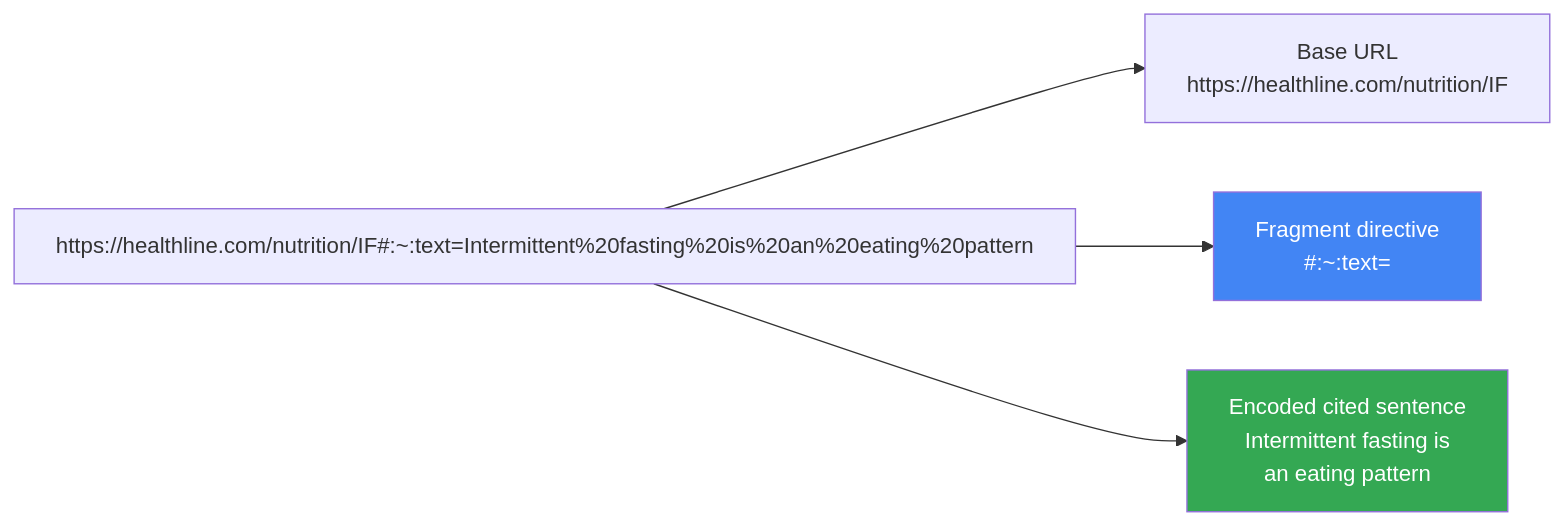
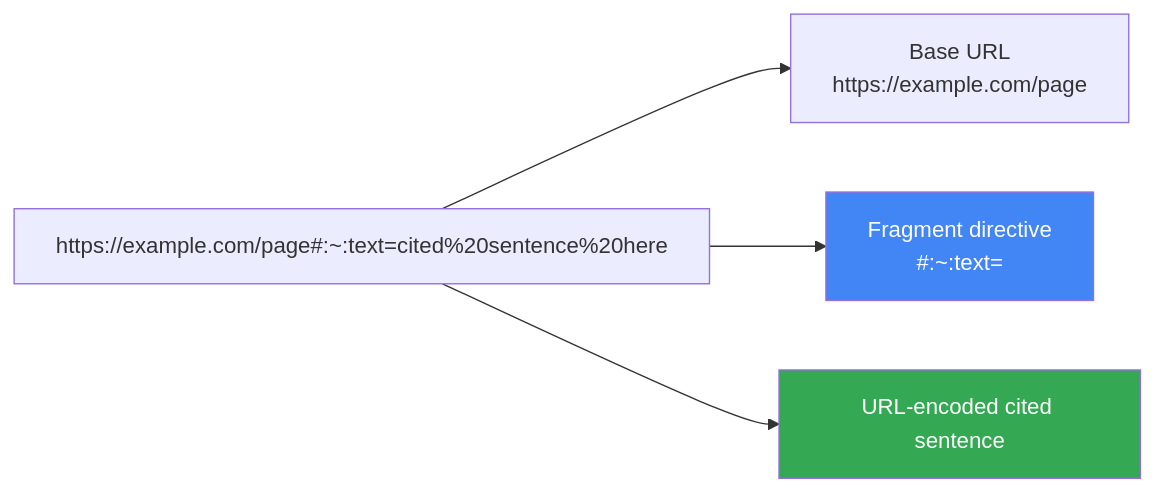
The second of 11 diagrams in article/diagrams/diagrams.md (danishashko/ai-citation-patterns), drawn with Mermaid before and after one commit. The commit also changed other lines of this file and 39 other files, not shown here.

````diff
--- a/article/diagrams/diagrams.md
+++ b/article/diagrams/diagrams.md
@@ -32,9 +43,9 @@
 ```mermaid
 graph LR
-    A["https://healthline.com/nutrition/IF#:~:text=Intermittent%20fasting%20is%20an%20eating%20pattern"]
-    A --> B["Base URL\nhttps://healthline.com/nutrition/IF"]
-    A --> C["Fragment directive\n#:~:text="]
-    A --> D["Encoded cited sentence\nIntermittent fasting is\nan eating pattern"]
+    A["https://example.com/page#:~:text=cited%20sentence%20here"]
+    A --> B["Base URL<br/>https://example.com/page"]
+    A --> C["Fragment directive<br/>#:~:text="]
+    A --> D["URL-encoded cited sentence"]
     style C fill:#4285F4,color:#fff
     style D fill:#34A853,color:#fff
 ```
````
